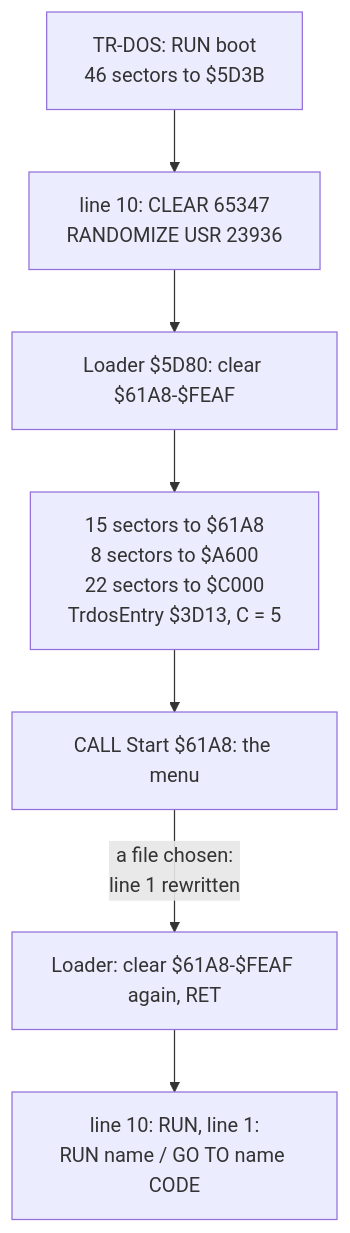
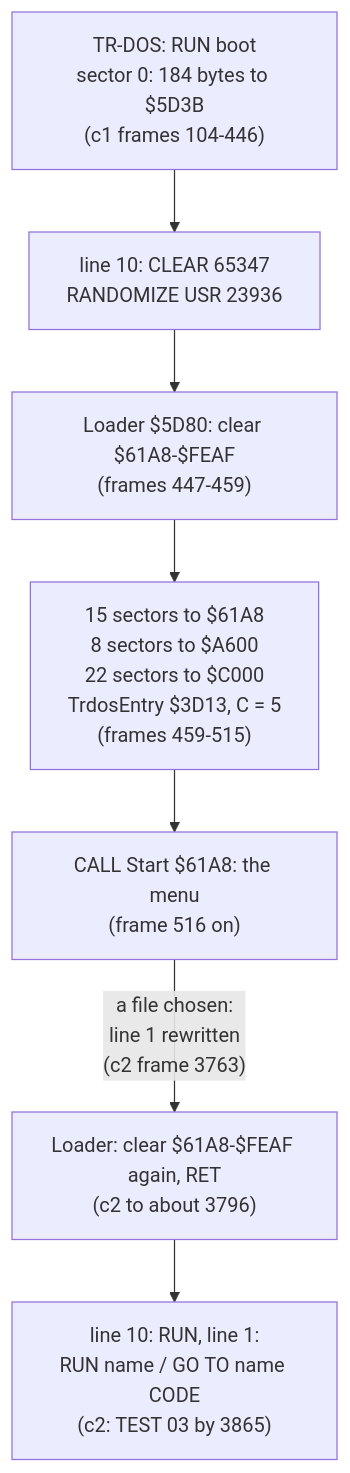
One commit to alfishe/unrealng-reverse-cases changed the first of 2 diagrams in software/zyx-boot/docs/03-build-and-load.md. Above: the diagram before and after it, drawn with Mermaid. The commit also changed other lines of this file and 45 other files, not shown here.

````diff
--- a/software/zyx-boot/docs/03-build-and-load.md
+++ b/software/zyx-boot/docs/03-build-and-load.md
@@ -50,9 +68,9 @@
 ```mermaid
 flowchart TD
-    A["TR-DOS: RUN boot<br/>46 sectors to $5D3B"] --> B["line 10: CLEAR 65347<br/>RANDOMIZE USR 23936"]
-    B --> C["Loader $5D80: clear $61A8-$FEAF"]
-    C --> D["15 sectors to $61A8<br/>8 sectors to $A600<br/>22 sectors to $C000<br/>TrdosEntry $3D13, C = 5"]
-    D --> E["CALL Start $61A8: the menu"]
-    E -->|"a file chosen:<br/>line 1 rewritten"| F["Loader: clear $61A8-$FEAF again, RET"]
-    F --> G["line 10: RUN, line 1:<br/>RUN name / GO TO name CODE"]
+    A["TR-DOS: RUN boot<br/>sector 0: 184 bytes to $5D3B<br/>(c1 frames 104-446)"] --> B["line 10: CLEAR 65347<br/>RANDOMIZE USR 23936"]
+    B --> C["Loader $5D80: clear $61A8-$FEAF<br/>(frames 447-459)"]
+    C --> D["15 sectors to $61A8<br/>8 sectors to $A600<br/>22 sectors to $C000<br/>TrdosEntry $3D13, C = 5<br/>(frames 459-515)"]
+    D --> E["CALL Start $61A8: the menu<br/>(frame 516 on)"]
+    E -->|"a file chosen:<br/>line 1 rewritten<br/>(c2 frame 3763)"| F["Loader: clear $61A8-$FEAF again, RET<br/>(c2 to about 3796)"]
+    F --> G["line 10: RUN, line 1:<br/>RUN name / GO TO name CODE<br/>(c2: TEST 03 by 3865)"]
 ```
````
